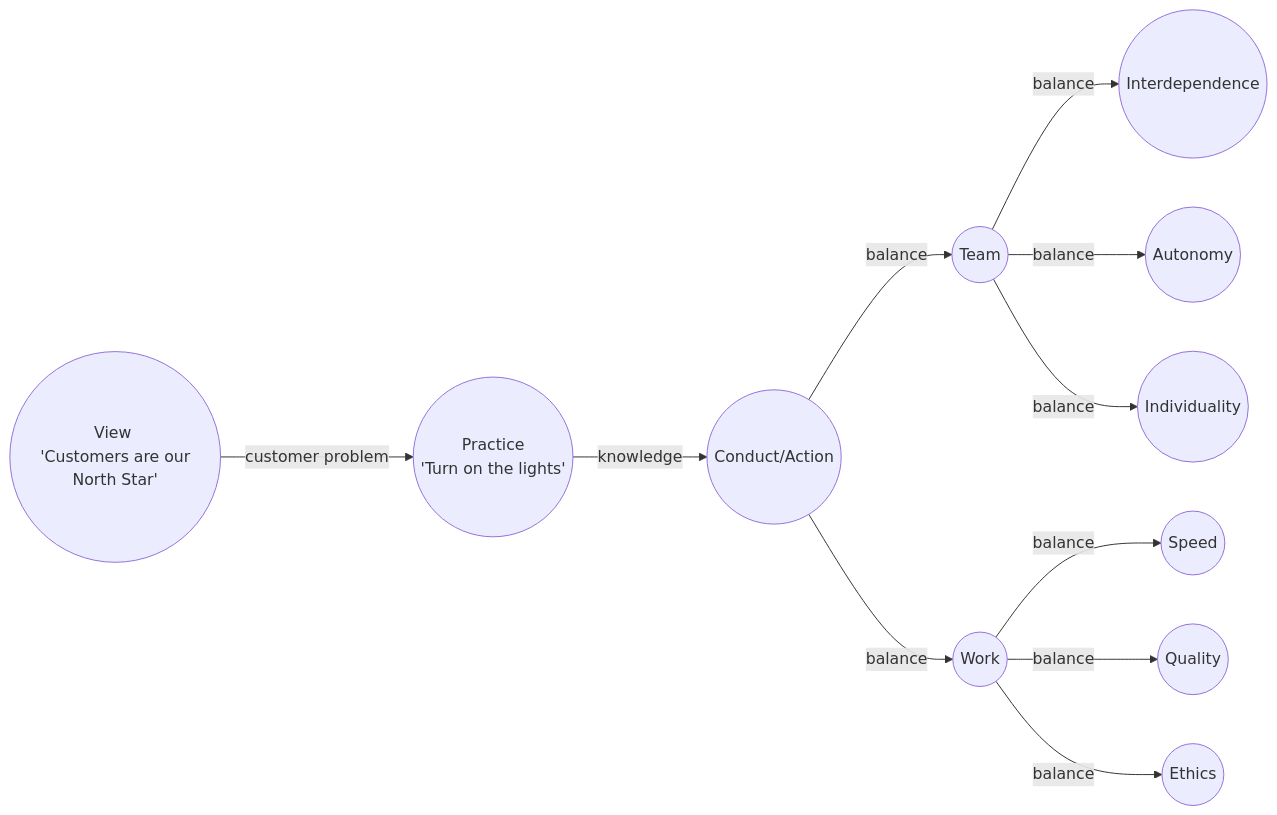
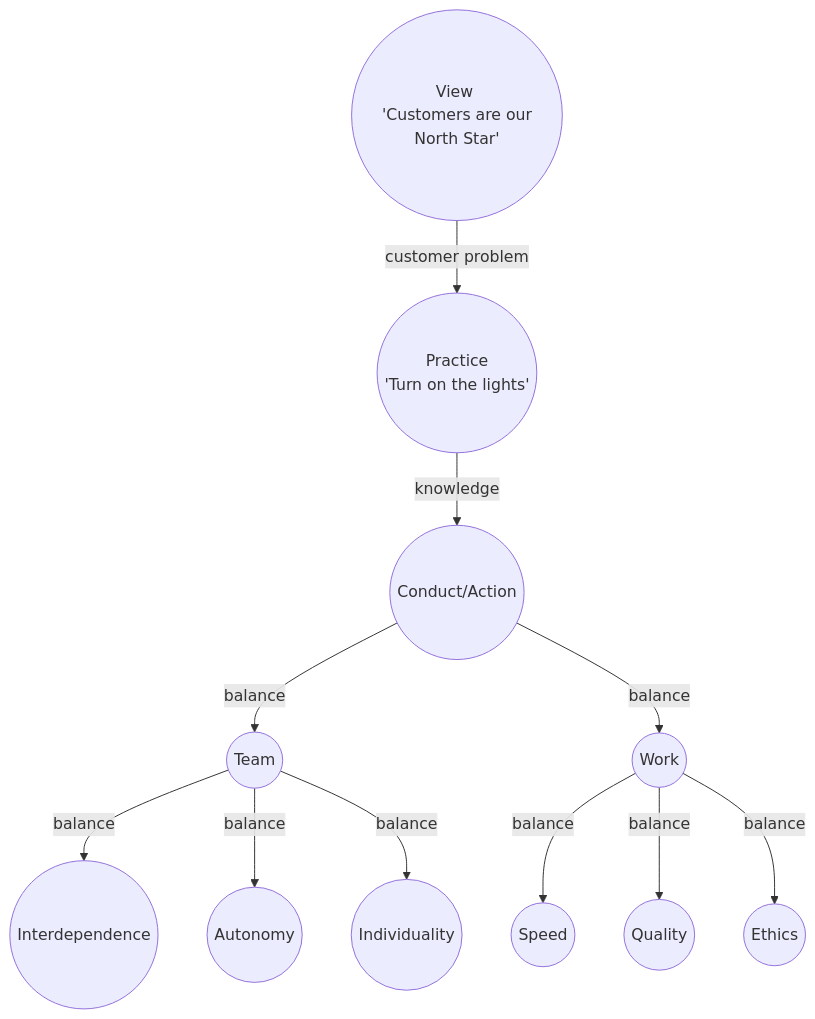
Before and after one commit to borisdev/resume: the diagram in zillow.md, drawn with Mermaid.

Commit message:
zillow values as a diagram

````diff
--- a/zillow.md
+++ b/zillow.md
@@ -18,13 +18,13 @@
 ```mermaid
-flowchart LR
+flowchart TB
     V(("View <br> 'Customers are our North Star'"))-- customer problem -->P(("Practice <br> 'Turn on the lights'"))
     P-- knowledge -->C(("Conduct"))
     C(("Conduct/Action"))-- balance -->T(("Team"))
     C(("Conduct/Action"))-- balance -->W(("Work"))
     T(("Team"))-- balance -->ID(("Interdependence"))
     T(("Team"))-- balance -->A(("Autonomy"))
     T(("Team"))-- balance -->I(("Individuality"))
     W(("Work"))-- balance -->S(("Speed"))
     W(("Work"))-- balance -->Q(("Quality"))
     W(("Work"))-- balance -->E(("Ethics"))
 ```
````
